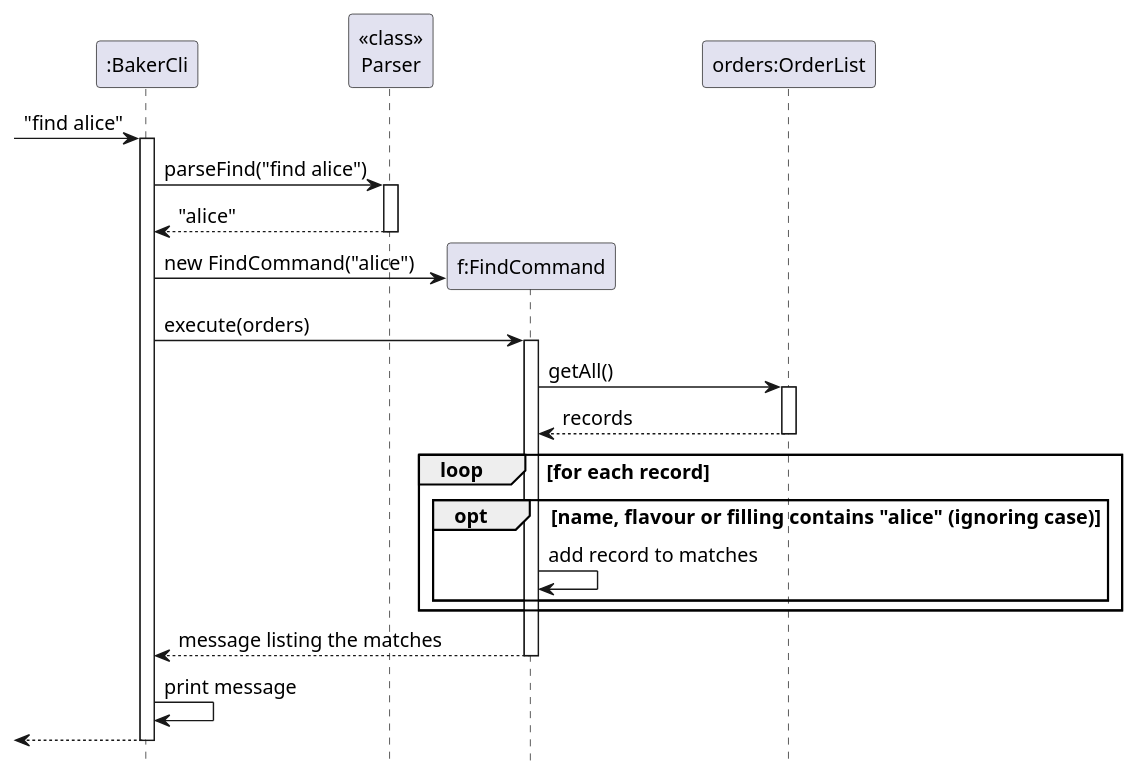
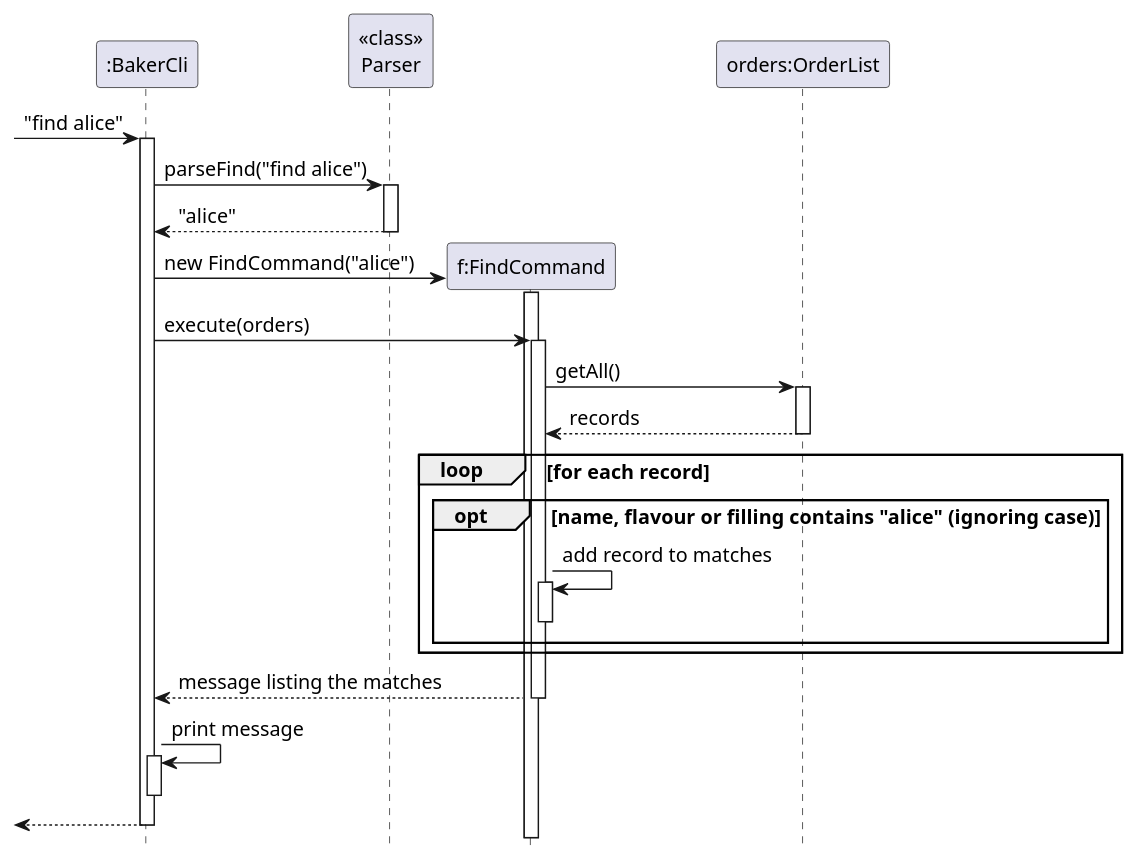
The diagram in docs/diagrams/FindSequence.puml (AY2627S1-CS2113-W12-1/tp), drawn with PlantUML before and after one commit. The commit also changed 18 other files, not shown here.

First line of the commit message:
Fix DG sequence diagrams

```diff
--- a/docs/diagrams/FindSequence.puml
+++ b/docs/diagrams/FindSequence.puml
@@ -1,38 +1,46 @@
 @startuml
+' Original diagram and find implementation: Kaishhhh.
+' Activation notation revisions: Eethanzyj.
 skinparam shadowing false
 skinparam defaultFontSize 14
 hide footbox
 
 participant ":BakerCli" as Cli
 participant "<<class>>\nParser" as Parser
 participant "f:FindCommand" as Find
 participant "orders:OrderList" as Orders
 
 [-> Cli : "find alice"
 activate Cli
 Cli -> Parser : parseFind("find alice")
 activate Parser
 Parser --> Cli : "alice"
 deactivate Parser
 
 create Find
 Cli -> Find : new FindCommand("alice")
+activate Find
+deactivate Find
 Cli -> Find : execute(orders)
 activate Find
 Find -> Orders : getAll()
 activate Orders
 Orders --> Find : records
 deactivate Orders
 
 loop for each record
   opt name, flavour or filling contains "alice" (ignoring case)
     Find -> Find : add record to matches
+    activate Find
+    deactivate Find
   end
 end
 
 Find --> Cli : message listing the matches
 deactivate Find
 Cli -> Cli : print message
+activate Cli
+deactivate Cli
 [<-- Cli
 deactivate Cli
 @enduml
```
